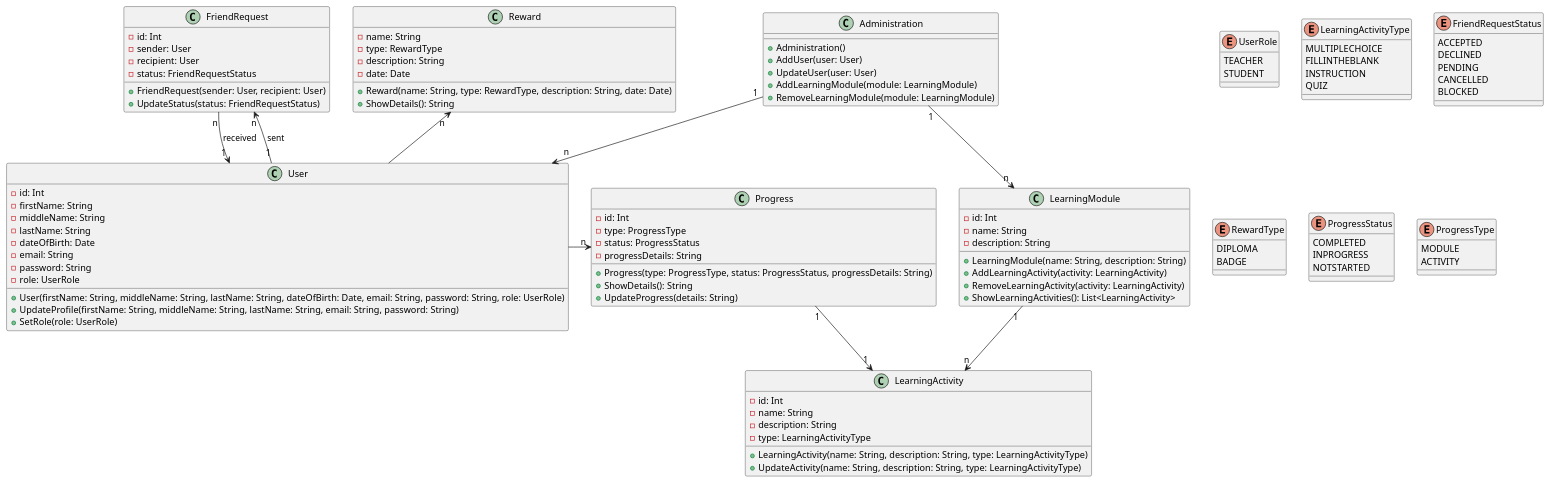
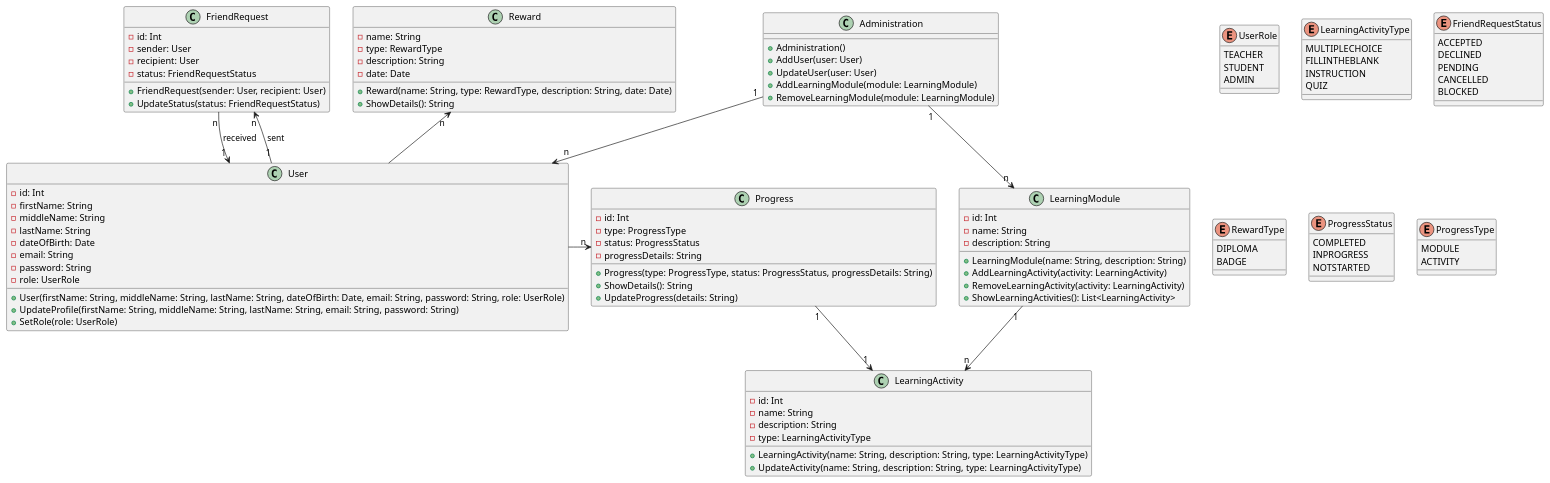
The diagram in doc/classdiagram.puml (janvanhest/ap2-cmk), drawn with PlantUML before and after one commit. The commit also changed 1 other file, not shown here.

```diff
--- a/doc/classdiagram.puml
+++ b/doc/classdiagram.puml
@@ -1,124 +1,124 @@
 @startuml
 
 enum UserRole {
     TEACHER
     STUDENT
-
+    ADMIN
 }
 enum LearningActivityType {
     MULTIPLECHOICE
     FILLINTHEBLANK
     INSTRUCTION
     QUIZ
 }
 
 enum FriendRequestStatus {
     ACCEPTED
     DECLINED
     PENDING
     CANCELLED
     BLOCKED
 }
 
 enum RewardType {
     DIPLOMA
     BADGE
 }
 
 enum ProgressStatus {
     COMPLETED
     INPROGRESS
     NOTSTARTED
 }
 
 enum ProgressType {
     MODULE
     ACTIVITY
 }
 
 class Administration {
     + Administration()
     + AddUser(user: User)
     + UpdateUser(user: User)
     + AddLearningModule(module: LearningModule)
     + RemoveLearningModule(module: LearningModule)
 }
 
 class LearningModule {
     -id: Int
     -name: String
     -description: String
     +LearningModule(name: String, description: String)
     +AddLearningActivity(activity: LearningActivity)
     +RemoveLearningActivity(activity: LearningActivity)
     +ShowLearningActivities(): List<LearningActivity>
 }
 
 
 class LearningActivity {
     -id: Int
     -name: String
     -description: String
     -type: LearningActivityType
     +LearningActivity(name: String, description: String, type: LearningActivityType)
     +UpdateActivity(name: String, description: String, type: LearningActivityType)
 }
 
 
 class User {
     -id: Int
     -firstName: String
     -middleName: String
     -lastName: String
     -dateOfBirth: Date
     -email: String
     -password: String
     -role: UserRole
     +User(firstName: String, middleName: String, lastName: String, dateOfBirth: Date, email: String, password: String, role: UserRole)
     +UpdateProfile(firstName: String, middleName: String, lastName: String, email: String, password: String)
     +SetRole(role: UserRole)
 }
 
 class Reward {
     -name: String
     -type: RewardType
     -description: String
     -date: Date
     +Reward(name: String, type: RewardType, description: String, date: Date)
     +ShowDetails(): String
 }
 
 class FriendRequest {
     - id: Int
     - sender: User
     - recipient: User
     - status: FriendRequestStatus
     +FriendRequest(sender: User, recipient: User)
     +UpdateStatus(status: FriendRequestStatus)
 }
 
 class Progress {
     -id: Int
     -type: ProgressType
     -status: ProgressStatus
     -progressDetails: String
     +Progress(type: ProgressType, status: ProgressStatus, progressDetails: String)
     +ShowDetails(): String
     +UpdateProgress(details: String)
 }
 
 Administration "1" -right-> "n" User
 Administration "1" -down-> "n" LearningModule
 
 User -up-> "n" Reward
 User -right-> "n" Progress
 
 User "1" -up-> "n" FriendRequest : sent
 User "1" <-up- "n" FriendRequest : received
 
 Progress "1" -down-> "1" LearningActivity
 
 LearningModule "1" --> "n" LearningActivity
 
 
 @enduml
```
